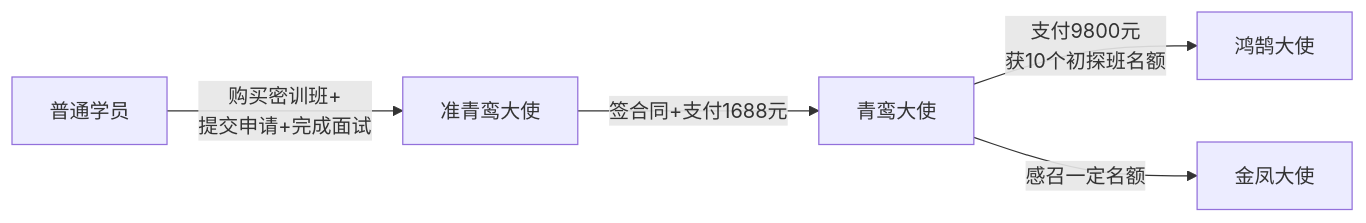
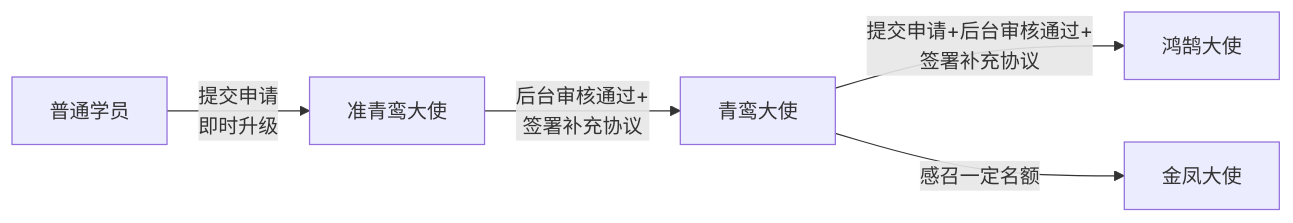
The eighth of 21 diagrams in 需求文档-V2.md (richenHe/tiandaowenhua_xcx), drawn with Mermaid before and after one commit. The commit also changed other lines of this file and 5686 other files, not shown here.

````diff
--- a/需求文档-V2.md
+++ b/需求文档-V2.md
@@ -1036,7 +1152,7 @@
 ```mermaid
 graph LR
-    A[普通学员] -->|购买密训班+<br/>提交申请+完成面试| B[准青鸾大使]
-    B -->|签合同+支付1688元| C[青鸾大使]
-    C -->|支付9800元<br/>获10个初探班名额| D[鸿鹄大使]
+    A[普通学员] -->|提交申请<br/>即时升级| B[准青鸾大使]
+    B -->|后台审核通过+<br/>签署补充协议| C[青鸾大使]
+    C -->|提交申请+后台审核通过+<br/>签署补充协议| D[鸿鹄大使]
     C -->|感召一定名额| E[金凤大使]
 ```
````
